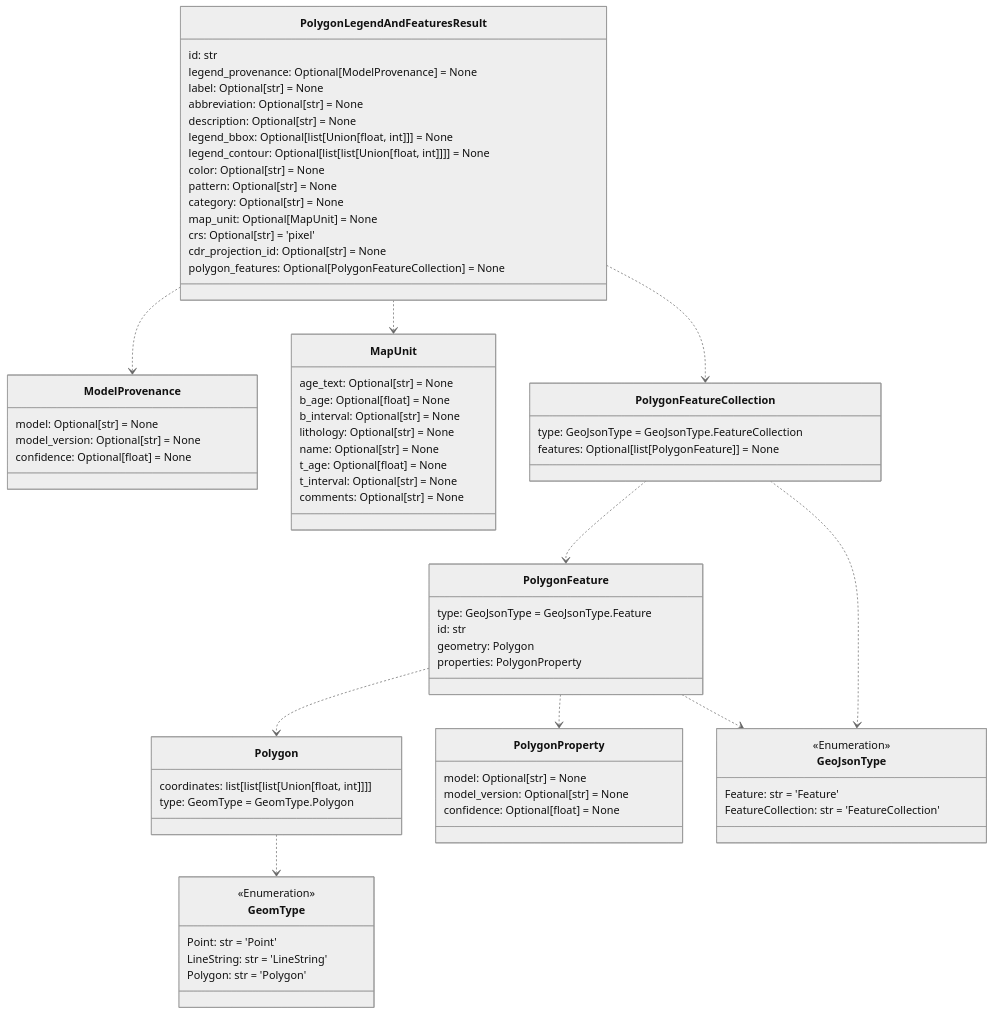
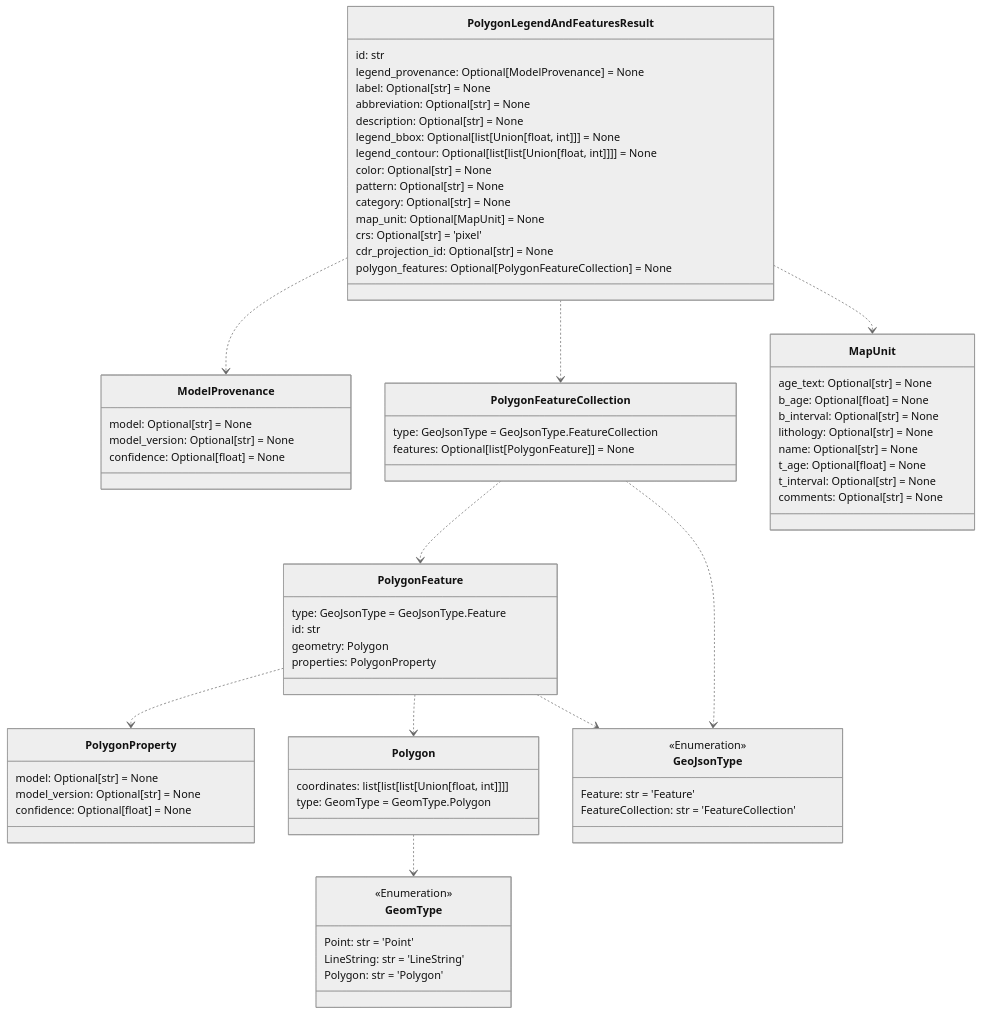
Before and after one commit to DARPA-CRITICALMAAS/cdr_schemas: the seventh of 12 diagrams in README.md, drawn with Mermaid (neutral theme). The commit also changed other lines of this file and 15 other files, not shown here.

````diff
--- a/README.md
+++ b/README.md
@@ -526,20 +526,33 @@
         confidence: Optional[float] = None
     }
 
-    class MapUnit {
-        age_text: Optional[str] = None
-        b_age: Optional[float] = None
-        b_interval: Optional[str] = None
-        lithology: Optional[str] = None
-        name: Optional[str] = None
-        t_age: Optional[float] = None
-        t_interval: Optional[str] = None
-        comments: Optional[str] = None
+    class PolygonFeature {
+        type: GeoJsonType = GeoJsonType.Feature
+        id: str
+        geometry: Polygon
+        properties: PolygonProperty
+    }
+
+    class PolygonFeatureCollection {
+        type: GeoJsonType = GeoJsonType.FeatureCollection
+        features: Optional[list[PolygonFeature]] = None
+    }
+
+    class PolygonProperty {
+        model: Optional[str] = None
+        model_version: Optional[str] = None
+        confidence: Optional[float] = None
     }
 
     class Polygon {
         coordinates: list[list[list[Union[float, int]]]]
         type: GeomType = GeomType.Polygon
+    }
+
+    class GeoJsonType {
+        <<Enumeration>>
+        Feature: str = 'Feature'
+        FeatureCollection: str = 'FeatureCollection'
     }
 
     class PolygonLegendAndFeaturesResult {
@@ -559,24 +572,6 @@
         polygon_features: Optional[PolygonFeatureCollection] = None
     }
 
-    class PolygonFeatureCollection {
-        type: GeoJsonType = GeoJsonType.FeatureCollection
-        features: Optional[list[PolygonFeature]] = None
-    }
-
-    class PolygonFeature {
-        type: GeoJsonType = GeoJsonType.Feature
-        id: str
-        geometry: Polygon
-        properties: PolygonProperty
-    }
-
-    class PolygonProperty {
-        model: Optional[str] = None
-        model_version: Optional[str] = None
-        confidence: Optional[float] = None
-    }
-
     class GeomType {
         <<Enumeration>>
         Point: str = 'Point'
@@ -584,21 +579,26 @@
         Polygon: str = 'Polygon'
     }
 
-    class GeoJsonType {
-        <<Enumeration>>
-        Feature: str = 'Feature'
-        FeatureCollection: str = 'FeatureCollection'
+    class MapUnit {
+        age_text: Optional[str] = None
+        b_age: Optional[float] = None
+        b_interval: Optional[str] = None
+        lithology: Optional[str] = None
+        name: Optional[str] = None
+        t_age: Optional[float] = None
+        t_interval: Optional[str] = None
+        comments: Optional[str] = None
     }
 
     Polygon ..> GeomType
-    PolygonFeature ..> PolygonProperty
     PolygonFeature ..> Polygon
     PolygonFeature ..> GeoJsonType
+    PolygonFeature ..> PolygonProperty
+    PolygonFeatureCollection ..> GeoJsonType
     PolygonFeatureCollection ..> PolygonFeature
-    PolygonFeatureCollection ..> GeoJsonType
-    PolygonLegendAndFeaturesResult ..> ModelProvenance
     PolygonLegendAndFeaturesResult ..> PolygonFeatureCollection
     PolygonLegendAndFeaturesResult ..> MapUnit
+    PolygonLegendAndFeaturesResult ..> ModelProvenance
 
 
 ```
````
